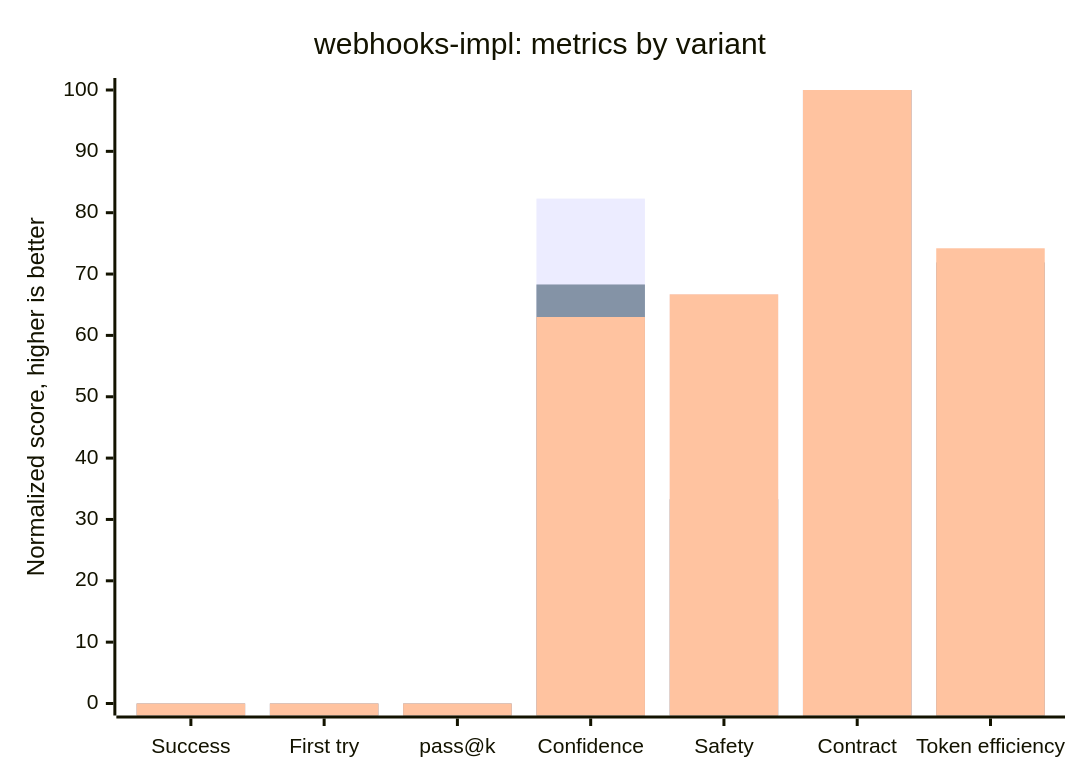
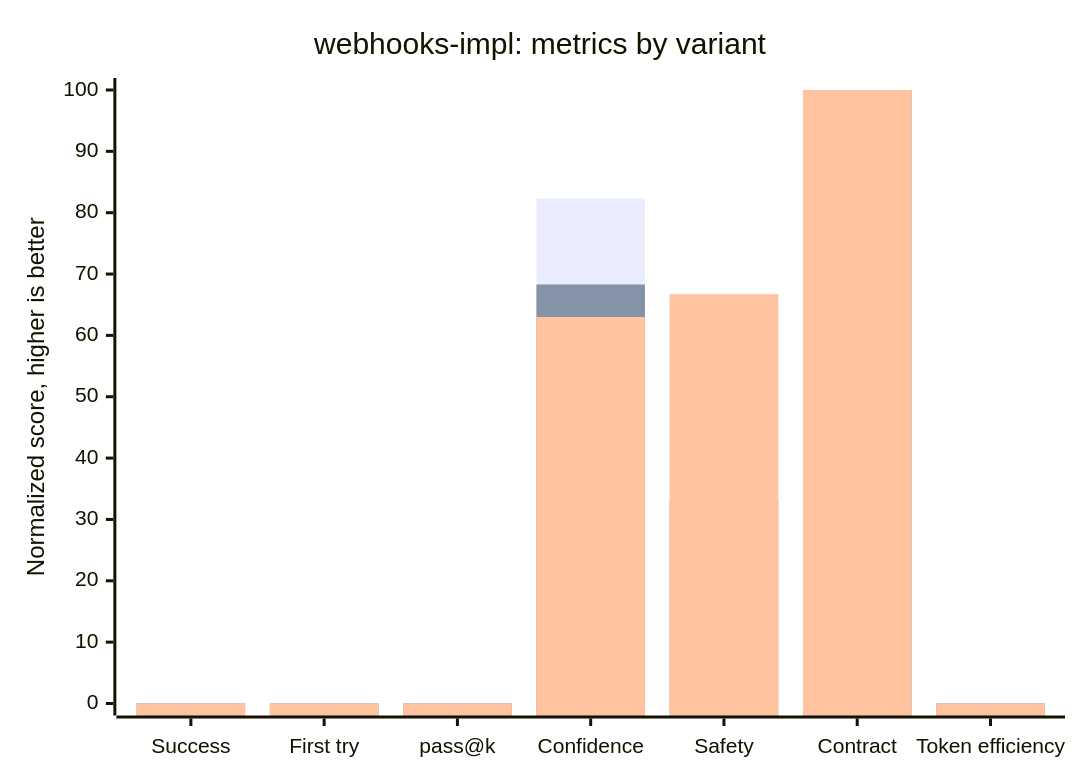
One commit to apyanzin-xsolla/ai-kit-eval-dashboard changed the sixth of 7 diagrams in README.md. Above: the diagram before and after it, drawn with Mermaid. The commit also changed other lines of this file and 1 other file, not shown here.

Commit message:
docs: fix per-skill chart token efficiency

````diff
--- a/README.md
+++ b/README.md
@@ -170,9 +170,9 @@
 ```mermaid
 xychart-beta
     title "webhooks-impl: metrics by variant"
     x-axis ["Success", "First try", "pass@k", "Confidence", "Safety", "Contract", "Token efficiency"]
     y-axis "Normalized score, higher is better" 0 --> 100
-    bar [0, 0, 0, 82.3, 66.7, 100, 71.8]
-    bar [0, 0, 0, 68.3, 33.3, 100, 71.9]
-    bar [0, 0, 0, 63, 66.7, 100, 74.2]
+    bar [0, 0, 0, 82.3, 66.7, 100, 0]
+    bar [0, 0, 0, 68.3, 33.3, 100, 0]
+    bar [0, 0, 0, 63, 66.7, 100, 0]
 ```
````
